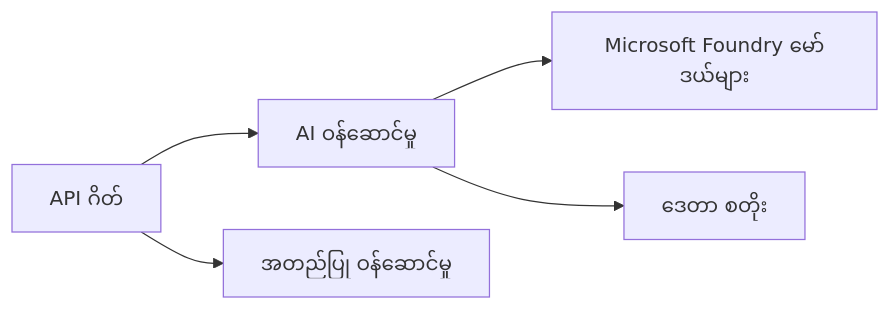
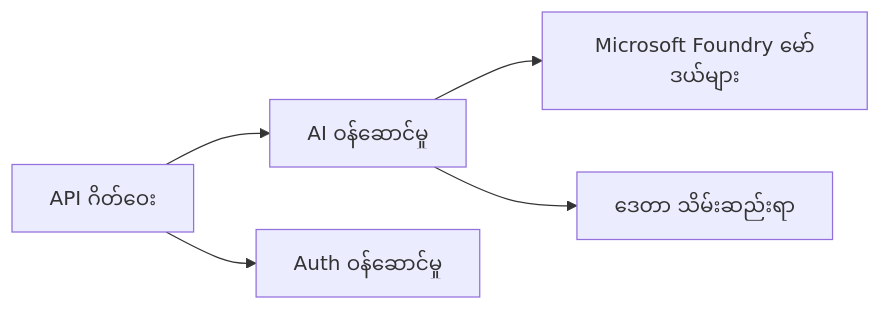
The first of 2 diagrams in translations/my/docs/chapter-08-production/README.md (microsoft/AZD-for-beginners), drawn with Mermaid before and after one commit. The commit also changed other lines of this file and 101 other files, not shown here.

````diff
--- a/translations/my/docs/chapter-08-production/README.md
+++ b/translations/my/docs/chapter-08-production/README.md
@@ -46,6 +48,6 @@
 ```mermaid
 graph LR
-    Gateway[API ဂိတ်] --> AI[AI ဝန်ဆောင်မှု] --> Models[Microsoft Foundry မော်ဒယ်များ]
-    Gateway --> Auth[အတည်ပြု ဝန်ဆောင်မှု]
-    AI --> Data[ဒေတာ စတိုး]
+    Gateway[API ဂိတ်ဝေး] --> AI[AI ဝန်ဆောင်မှု] --> Models[Microsoft Foundry မော်ဒယ်များ]
+    Gateway --> Auth[Auth ဝန်ဆောင်မှု]
+    AI --> Data[ဒေတာ သိမ်းဆည်းရာ]
 ```
````
